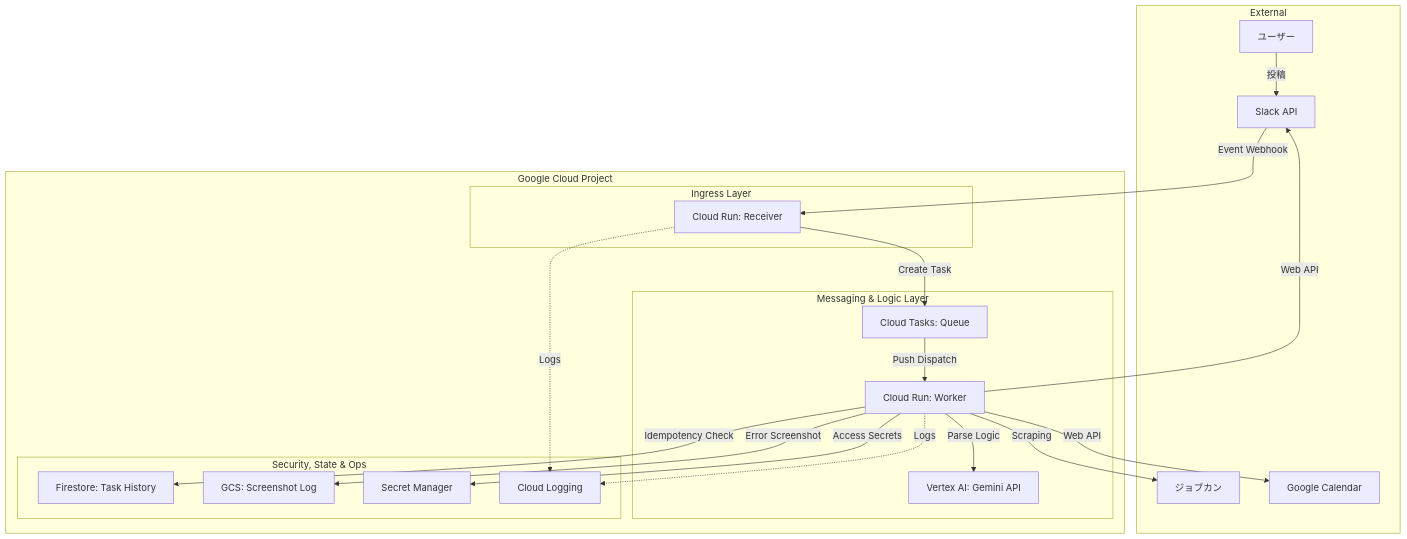
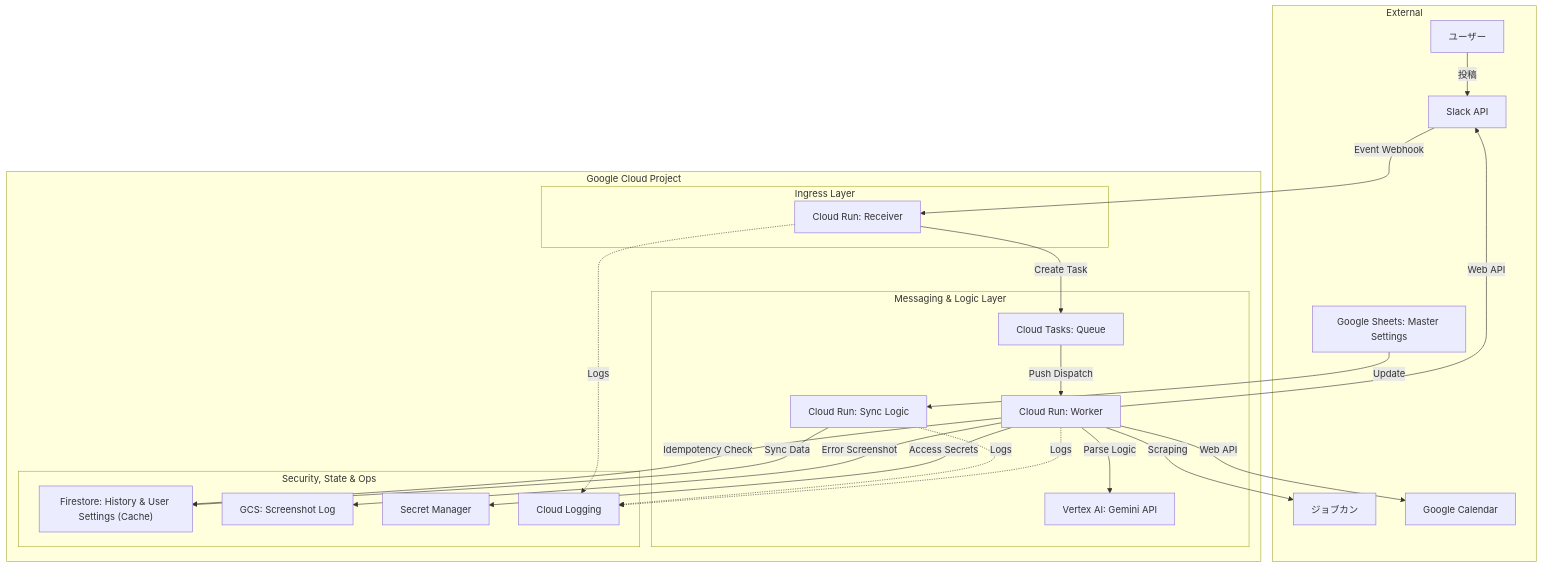
The second of 3 diagrams in requirements.md (ea-Mitsuoka/kintai-sync), drawn with Mermaid before and after one commit. The commit also changed other lines of this file and 2 other files, not shown here.

First line of the commit message:
feat(settings): add multi-user support with Google Sheets sync and Firestore caching

````diff
--- a/requirements.md
+++ b/requirements.md
@@ -76,44 +80,49 @@
 ```mermaid
 graph TB
     subgraph "External"
         U["ユーザー"]
         Slack["Slack API"]
         Jobcan["ジョブカン"]
         GCal["Google Calendar"]
+        GSheet["Google Sheets: Master Settings"]
     end
 
     subgraph "Google Cloud Project"
         subgraph "Ingress Layer"
             Receiver["Cloud Run: Receiver"]
         end
 
         subgraph "Messaging & Logic Layer"
             Tasks["Cloud Tasks: Queue"]
             Worker["Cloud Run: Worker"]
+            Sync["Cloud Run: Sync Logic"]
             LLM["Vertex AI: Gemini API"]
         end
 
         subgraph "Security, State & Ops"
-            Firestore["Firestore: Task History"]
+            Firestore["Firestore: History & User Settings (Cache)"]
             GCS["GCS: Screenshot Log"]
             Secret["Secret Manager"]
             Logging["Cloud Logging"]
         end
     end
 
     U -->|"投稿"| Slack
     Slack -->|"Event Webhook"| Receiver
+    GSheet -->|"Update"| Sync
+    Sync -->|"Sync Data"| Firestore
     Receiver -->|"Create Task"| Tasks
     Tasks -->|"Push Dispatch"| Worker
 
     Worker -->|"Parse Logic"| LLM
     Worker -->|"Idempotency Check"| Firestore
     Worker -->|"Error Screenshot"| GCS
     Worker -->|"Access Secrets"| Secret
     Worker -->|"Scraping"| Jobcan
     Worker -->|"Web API"| Slack
     Worker -->|"Web API"| GCal
 
     Receiver -.->|"Logs"| Logging
     Worker -.->|"Logs"| Logging
+    Sync -.->|"Logs"| Logging
 ```
````
